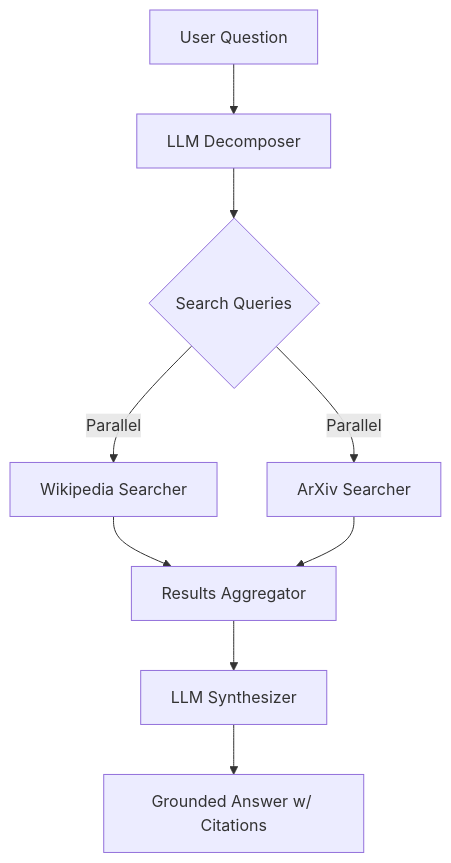
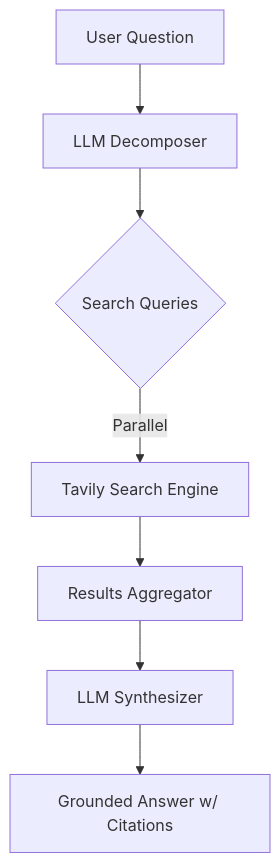
One commit to tushar73-jet/worko-research-assistant changed the diagram in README.md. Above: the diagram before and after it, drawn with Mermaid. The commit also changed other lines of this file and 1 other file, not shown here.

````diff
--- a/README.md
+++ b/README.md
@@ -26,11 +26,9 @@
 ```mermaid
 graph TD
     A[User Question] --> B[LLM Decomposer]
     B --> C{Search Queries}
-    C -->|Parallel| D1[Wikipedia Searcher]
-    C -->|Parallel| D2[ArXiv Searcher]
-    D1 --> E[Results Aggregator]
-    D2 --> E
+    C -->|Parallel| D[Tavily Search Engine]
+    D --> E[Results Aggregator]
     E --> F[LLM Synthesizer]
     F --> G[Grounded Answer w/ Citations]
 ```
````
